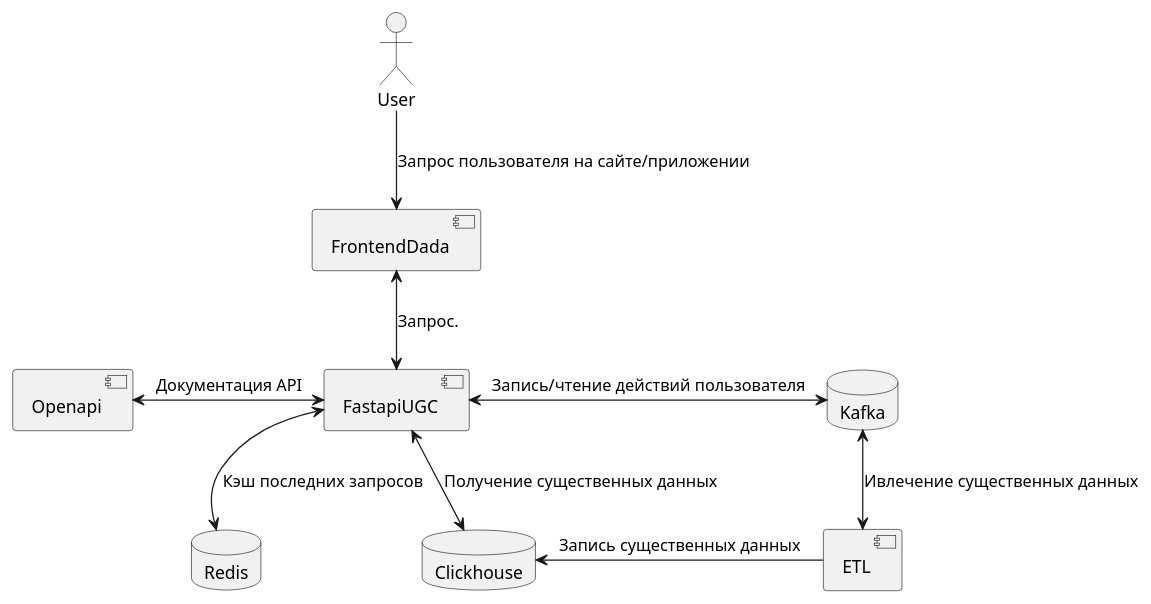
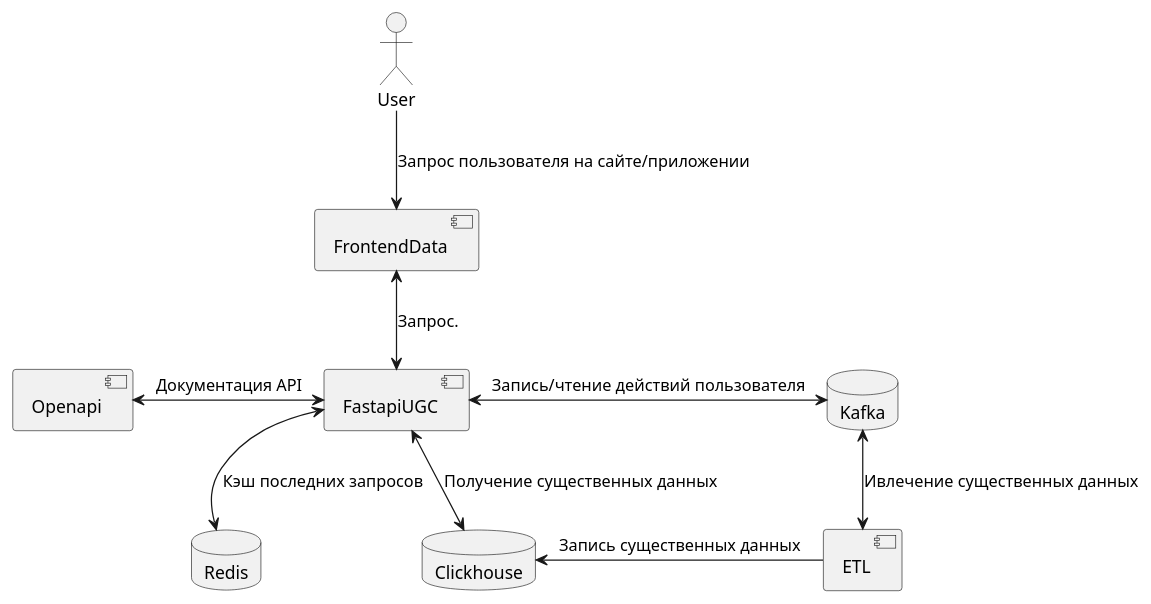
Before and after one commit to Khosep/UGC_service: the diagram in ugc-service/architecture.wsd, drawn with PlantUML.

Commit message:
fix movies and directions

```diff
--- a/ugc-service/architecture.wsd
+++ b/ugc-service/architecture.wsd
@@ -1,20 +1,20 @@
 @startuml
 skinparam componentStyle uml2
-component FrontendDada
+component FrontendData
 actor User as Client
 component FastapiUGC
 component Openapi
 component ETL
 database Redis
 database Clickhouse
 database Kafka
 
-Client -down-> FrontendDada: Запрос пользователя на сайте/приложении
-FrontendDada <-down-> FastapiUGC: Запрос.
+Client -down-> FrontendData: Запрос пользователя на сайте/приложении
+FrontendData <-down-> FastapiUGC: Запрос.
 FastapiUGC <-right-> Kafka: Запись/чтение действий пользователя
 FastapiUGC <-down-> Redis: Кэш последних запросов
 Kafka <-down-> ETL: Ивлечение существенных данных
 ETL -left-> Clickhouse: Запись существенных данных
 FastapiUGC <-down-> Clickhouse: Получение существенных данных
 Openapi <-right-> FastapiUGC: Документация API
 @enduml
```
